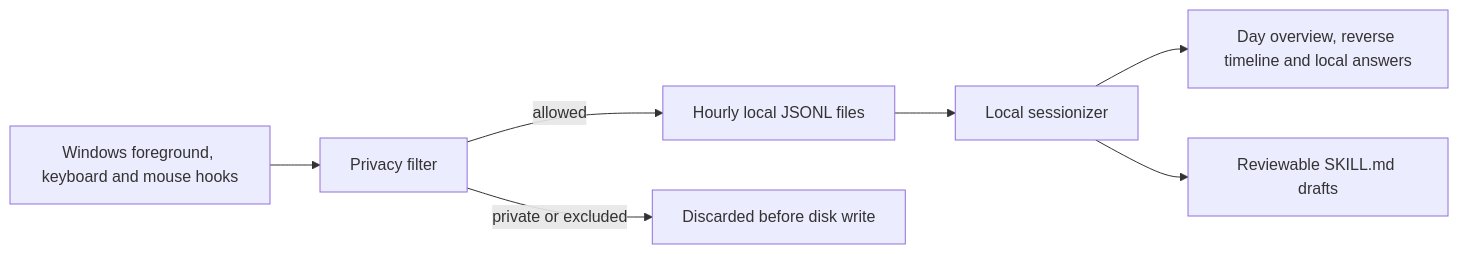
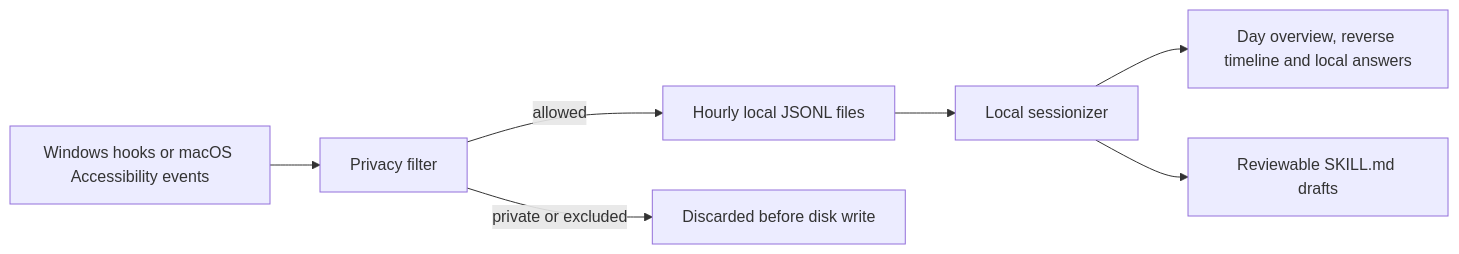
One commit to CaspianG/daytrace changed the diagram in README.md. Above: the diagram before and after it, drawn with Mermaid. The commit also changed other lines of this file and 26 other files, not shown here.

````diff
--- a/README.md
+++ b/README.md
@@ -100,9 +107,9 @@
 ```mermaid
 flowchart LR
-    A["Windows foreground, keyboard and mouse hooks"] --> B["Privacy filter"]
+    A["Windows hooks or macOS Accessibility events"] --> B["Privacy filter"]
     B -->|"allowed"| C["Hourly local JSONL files"]
     B -->|"private or excluded"| X["Discarded before disk write"]
     C --> D["Local sessionizer"]
     D --> E["Day overview, reverse timeline and local answers"]
     D --> F["Reviewable SKILL.md drafts"]
 ```
````
